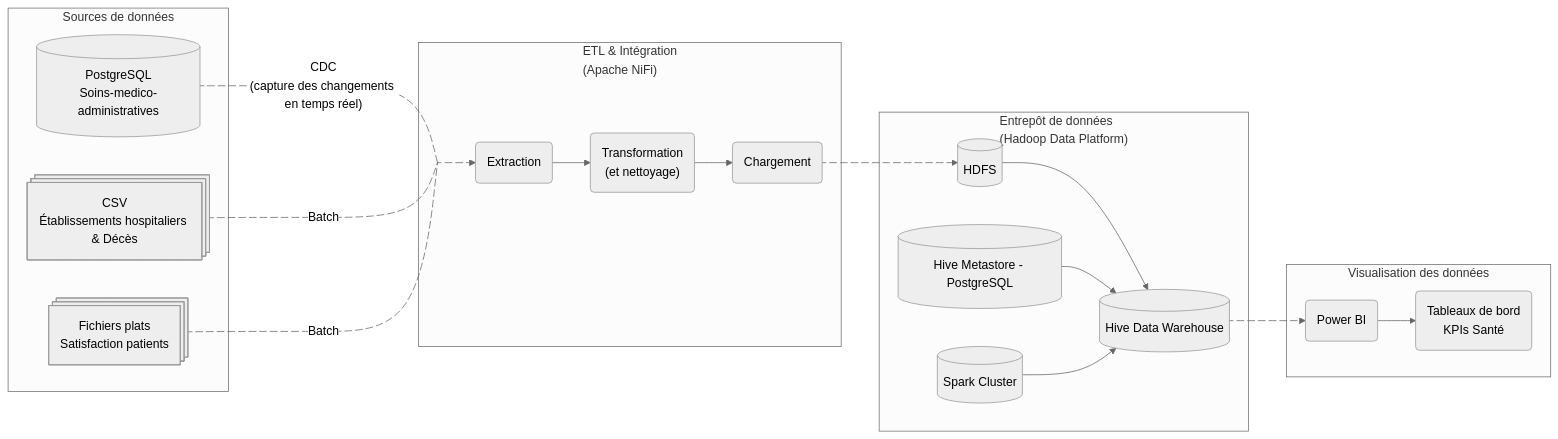
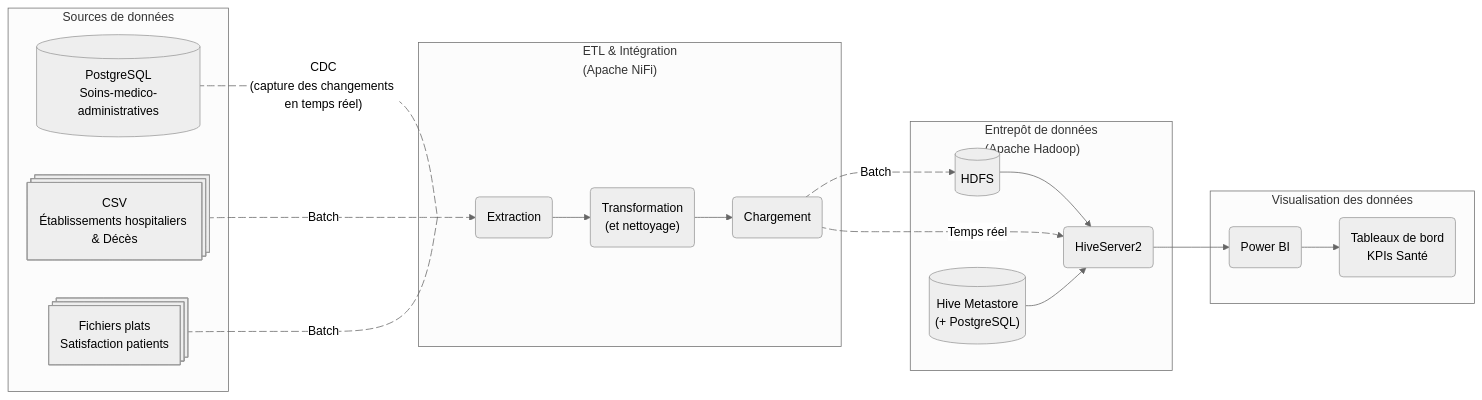
The diagram in README.md (paulin-dev/CESI-BigData), drawn with Mermaid (neutral theme) before and after one commit.

Commit message:
Update Hadoop subgraph and relationships in README

````diff
--- a/README.md
+++ b/README.md
@@ -6,54 +6,53 @@
 ```mermaid
 flowchart LR
 
   %% Style
   classDef empty width:0,height:0;
 
   %% Sources de données brutes
   subgraph Sources["Sources de données"]
     A1[("PostgreSQL<br>Soins-medico-administratives")]
     A2@{ shape: processes, label: "CSV<br>Établissements hospitaliers & Décès"}
     A3@{ shape: processes, label: "Fichiers plats<br>Satisfaction patients"}
   end
   
   %% Ingestion/Intégration
   subgraph ETL["ETL & Intégration<br>(Apache NiFi)"]
     N0[ ]:::empty
     N1("Extraction")
     N2("Transformation<br>(et nettoyage)")
     N3("Chargement")
   end
   
   %% Stockage / Data Warehouse
-  subgraph Hadoop["Entrepôt de données<br>(Hadoop Data Platform)"]
-    H1[(HDFS)]
-    H2[(Hive Metastore - PostgreSQL)]
-    H3[(Hive Data Warehouse)]
-    H4[(Spark Cluster)]
-    %%H5[(Hue - Interface Web)]
+  subgraph Hadoop["Entrepôt de données<br>(Apache Hadoop)"]
+    H1[("HDFS")]
+    H2[("Hive Metastore<br>(+ PostgreSQL)")]
+    H3("HiveServer2")
+    %%H4[(Hue - Interface Web)]
   end
   
   %% Analyse / Visualisation
   subgraph BI["Visualisation des données "]
     B1(Power BI)
     B2(Tableaux de bord<br>KPIs Santé)
   end
   
   %% Relations
   A1 e1@--- |"CDC<br>(capture des changements en temps réel)"| N0
   A2 e2@--- |"Batch"| N0
   A3 e3@--- |"Batch"| N0
-  N0 e4@--> N1 --> N2 --> N3 e5@--> H1 --> H3
-  H3 e6@--> B1 --> B2
+  N0 e4@--> N1 --> N2 --> N3 e5@--> |"Batch"| H1 --> H3
+  N3 e6@--> |"Temps réel"| H3
+  H3 e7@--> B1 --> B2
   H2 --> H3
-  H4 --> H3
-  %%H5 --> H3
+  %%H4 --> H3
 
   %% Animations
   e1@{ animation: slow }
   e2@{ animation: slow }
   e3@{ animation: slow }
   e4@{ animation: slow }
   e5@{ animation: slow }
   e6@{ animation: slow }
 ```
````
